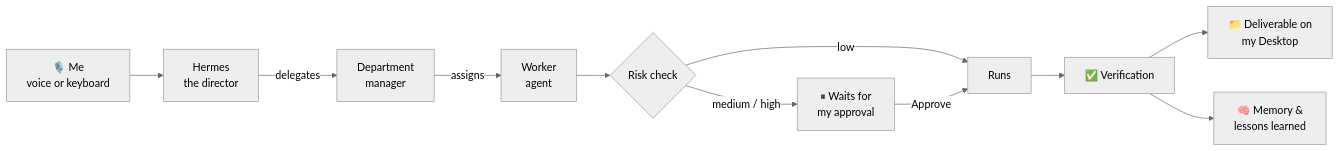
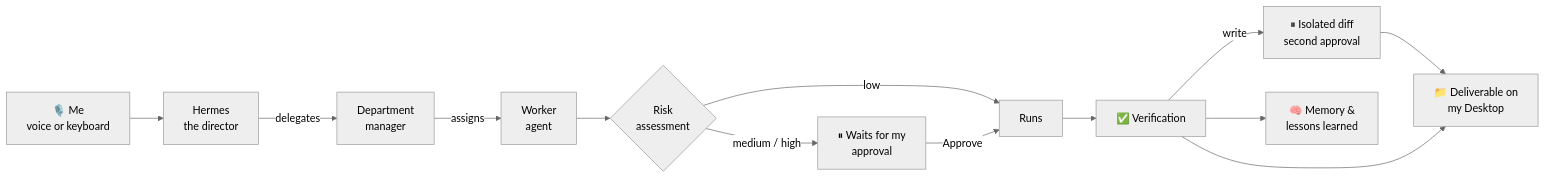
The first of 3 diagrams in README.md (Dow08/OS-Agentique_showcase), drawn with Mermaid (neutral theme) before and after one commit. The commit also changed other lines of this file and 18 other files, not shown here.

````diff
--- a/README.md
+++ b/README.md
@@ -49,13 +55,15 @@
 ```mermaid
 flowchart LR
     A["🎙️ Me<br/>voice or keyboard"] --> B["Hermes<br/>the director"]
     B -->|delegates| C["Department<br/>manager"]
     C -->|assigns| D["Worker<br/>agent"]
-    D --> E{"Risk check"}
+    D --> E{"Risk<br/>assessment"}
     E -->|low| F["Runs"]
-    E -->|medium / high| G["⏸ Waits for<br/>my approval"]
+    E -->|medium / high| G["⏸ Waits for my<br/>approval"]
     G -->|Approve| F
     F --> H["✅ Verification"]
+    H -->|write| H2["⏸ Isolated diff<br/>second approval"]
+    H2 --> I
     H --> I["📁 Deliverable on<br/>my Desktop"]
     H --> J["🧠 Memory &<br/>lessons learned"]
 ```
````
